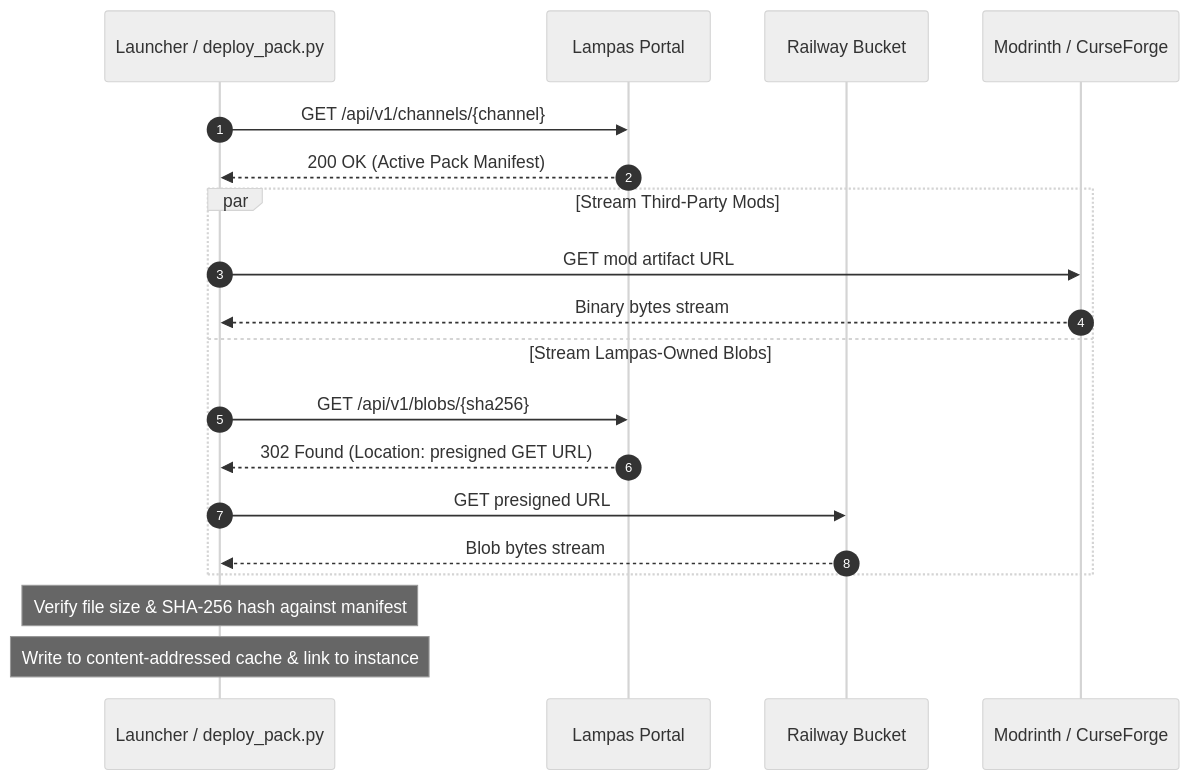
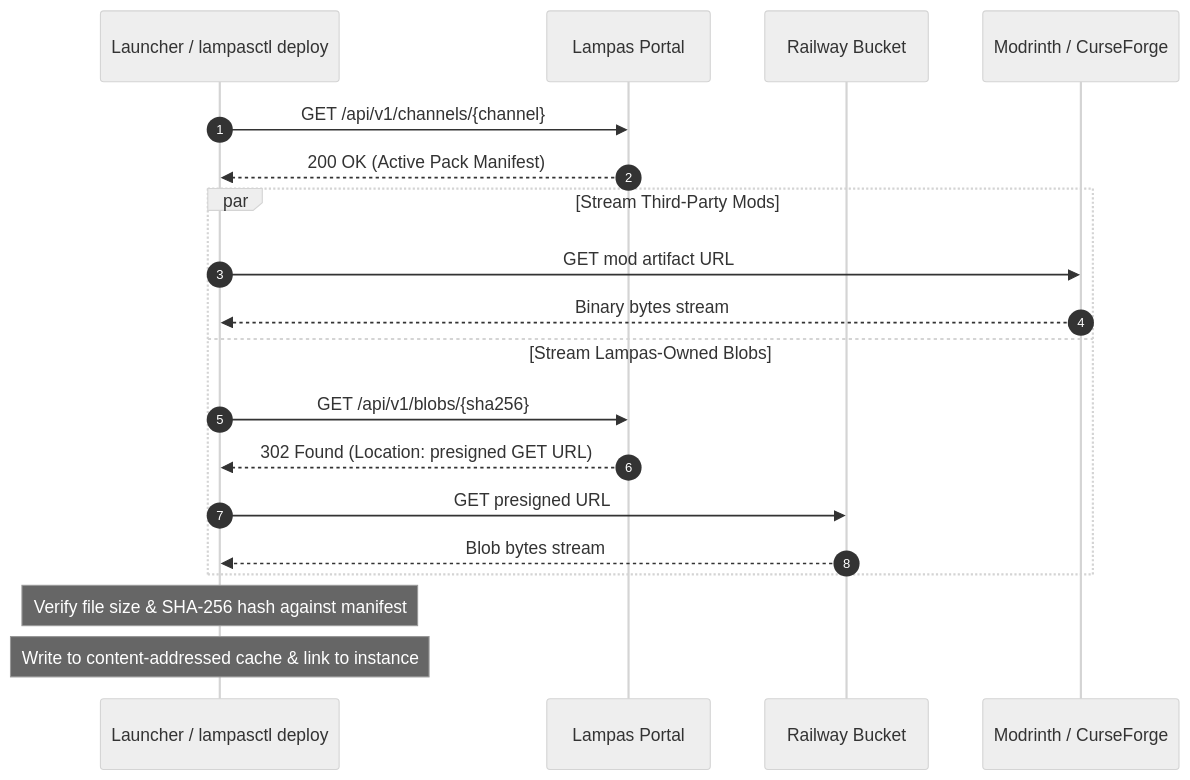
The third of 5 diagrams in README.md (justbecauseph/lampas-pipeline), drawn with Mermaid (neutral theme) before and after one commit. The commit also changed other lines of this file and 11 other files, not shown here.

First line of the commit message:
feat(deploy): unify server deployment in lampasctl deploy and retire deploy-pack.py

````diff
--- a/README.md
+++ b/README.md
@@ -125,24 +125,24 @@
 ```mermaid
 sequenceDiagram
     autonumber
-    participant Runtime as Launcher / deploy_pack.py
+    participant Runtime as Launcher / lampasctl deploy
     participant Portal as Lampas Portal
     participant S3 as Railway Bucket
     participant Upstream as Modrinth / CurseForge
 
     Runtime->>Portal: GET /api/v1/channels/{channel}
     Portal-->>Runtime: 200 OK (Active Pack Manifest)
 
     par Stream Third-Party Mods
         Runtime->>Upstream: GET mod artifact URL
         Upstream-->>Runtime: Binary bytes stream
     and Stream Lampas-Owned Blobs
         Runtime->>Portal: GET /api/v1/blobs/{sha256}
         Portal-->>Runtime: 302 Found (Location: presigned GET URL)
         Runtime->>S3: GET presigned URL
         S3-->>Runtime: Blob bytes stream
     end
 
     Note over Runtime: Verify file size & SHA-256 hash against manifest
     Note over Runtime: Write to content-addressed cache & link to instance
 ```
````
